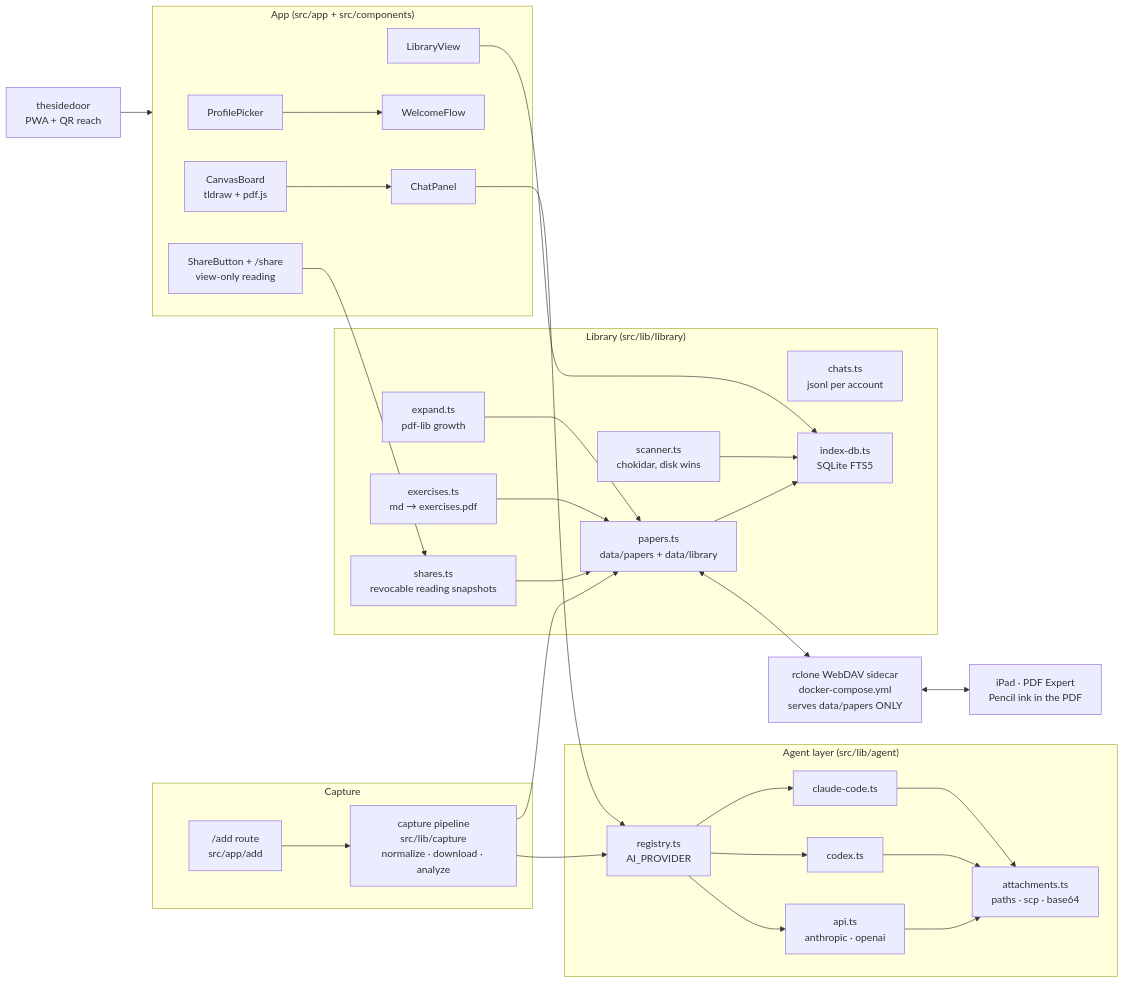
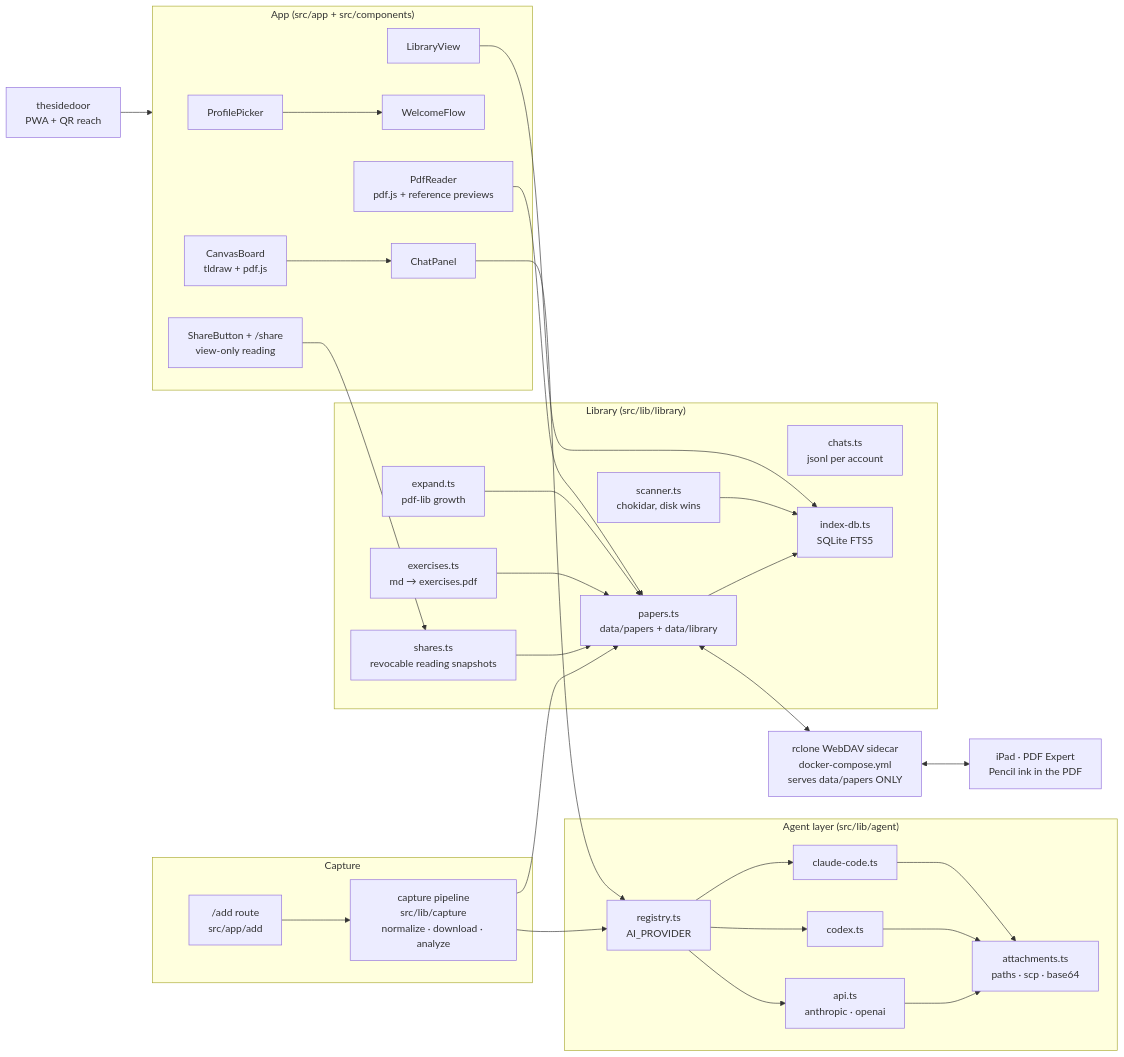
Before and after one commit to affromero/papernook: the diagram in README.md, drawn with Mermaid. The commit also changed other lines of this file and 9 other files, not shown here.

First line of the commit message:
reader: preview internal PDF references

````diff
--- a/README.md
+++ b/README.md
@@ -67,55 +67,57 @@
 ```mermaid
 flowchart LR
     subgraph capture["Capture"]
       add["/add route<br/>src/app/add"]
       pipe["capture pipeline<br/>src/lib/capture<br/>normalize · download · analyze"]
     end
 
     subgraph agent["Agent layer (src/lib/agent)"]
       registry["registry.ts<br/>AI_PROVIDER"]
       claude["claude-code.ts"]
       codex["codex.ts"]
       api["api.ts<br/>anthropic · openai"]
       attach["attachments.ts<br/>paths · scp · base64"]
     end
 
     subgraph library["Library (src/lib/library)"]
       papers["papers.ts<br/>data/papers + data/library"]
       chats["chats.ts<br/>jsonl per account"]
       index["index-db.ts<br/>SQLite FTS5"]
       scanner["scanner.ts<br/>chokidar, disk wins"]
       expand["expand.ts<br/>pdf-lib growth"]
       exercises["exercises.ts<br/>md → exercises.pdf"]
       shares["shares.ts<br/>revocable reading snapshots"]
     end
 
     subgraph ui["App (src/app + src/components)"]
       picker["ProfilePicker"]
       libview["LibraryView"]
       chatpanel["ChatPanel"]
+      pdfreader["PdfReader<br/>pdf.js + reference previews"]
       canvas["CanvasBoard<br/>tldraw + pdf.js"]
       wizard["WelcomeFlow"]
       shareview["ShareButton + /share<br/>view-only reading"]
     end
 
     dav["rclone WebDAV sidecar<br/>docker-compose.yml<br/>serves data/papers ONLY"]
     ipad["iPad · PDF Expert<br/>Pencil ink in the PDF"]
     sidedoor["thesidedoor<br/>PWA + QR reach"]
 
     add --> pipe --> papers
     pipe --> registry
     chatpanel --> registry
     registry --> claude & codex & api
     claude & codex & api --> attach
     papers --> index
     scanner --> index
     papers <--> dav <--> ipad
     exercises --> papers
     shares --> papers
     shareview --> shares
     expand --> papers
     canvas --> chatpanel
+    pdfreader --> papers
     libview --> index
     picker --> wizard
     sidedoor --> ui
 ```
````
